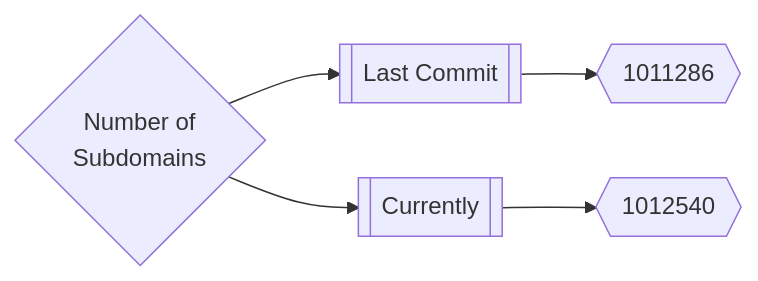
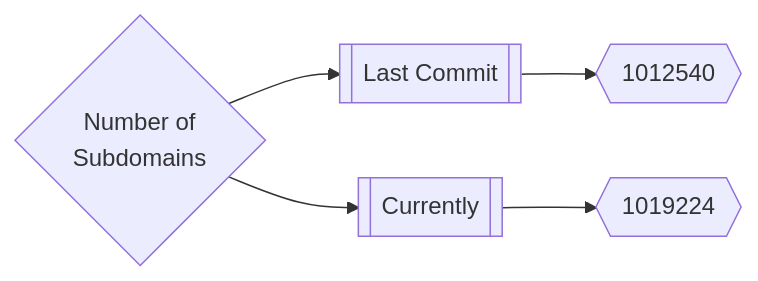
Before and after one commit to Excloudx6/inventory: the first of 3 diagrams in README.md, drawn with Mermaid.

Commit message:
Update README.md Wed Aug 17 22:16:33 UTC 2022

````diff
--- a/README.md
+++ b/README.md
@@ -167,5 +167,5 @@
 ```mermaid
 graph LR
-title{Number of<br>Subdomains} --> subdomainsDate1[[Last Commit]] --> subdomainsNum1{{1011286}}
-title --> subdomainsDate2[[Currently]] --> subdomainsNum2{{1012540}}
+title{Number of<br>Subdomains} --> subdomainsDate1[[Last Commit]] --> subdomainsNum1{{1012540}}
+title --> subdomainsDate2[[Currently]] --> subdomainsNum2{{1019224}}
 ```
````
